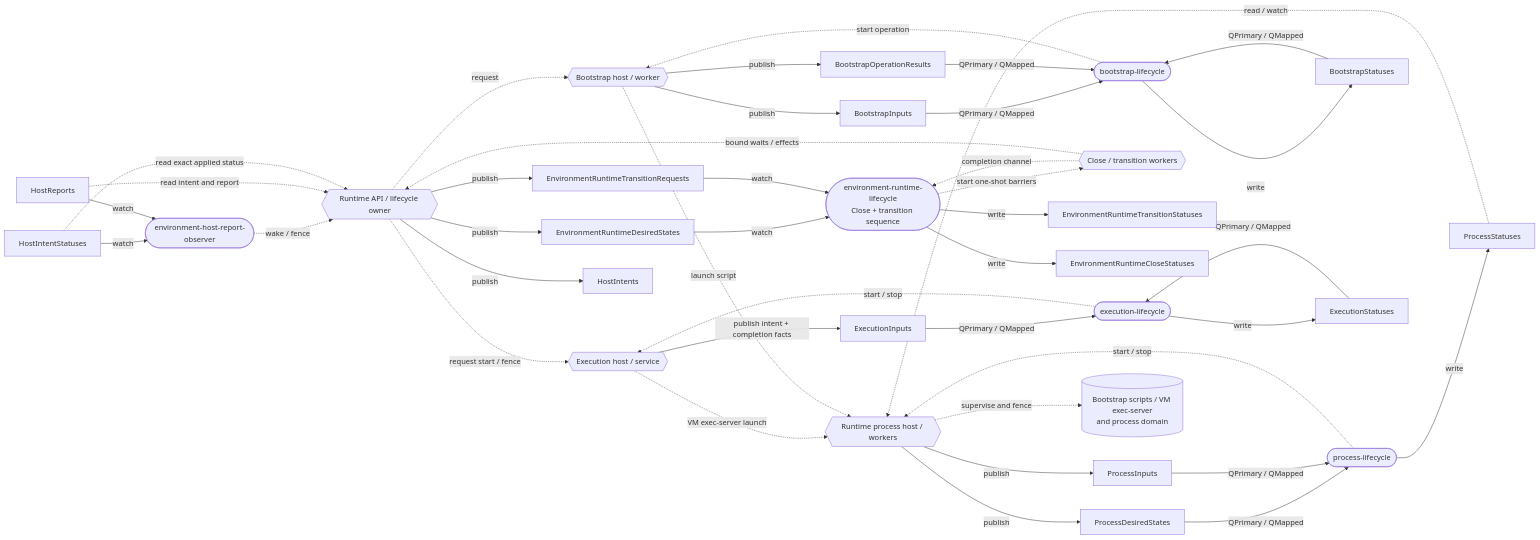
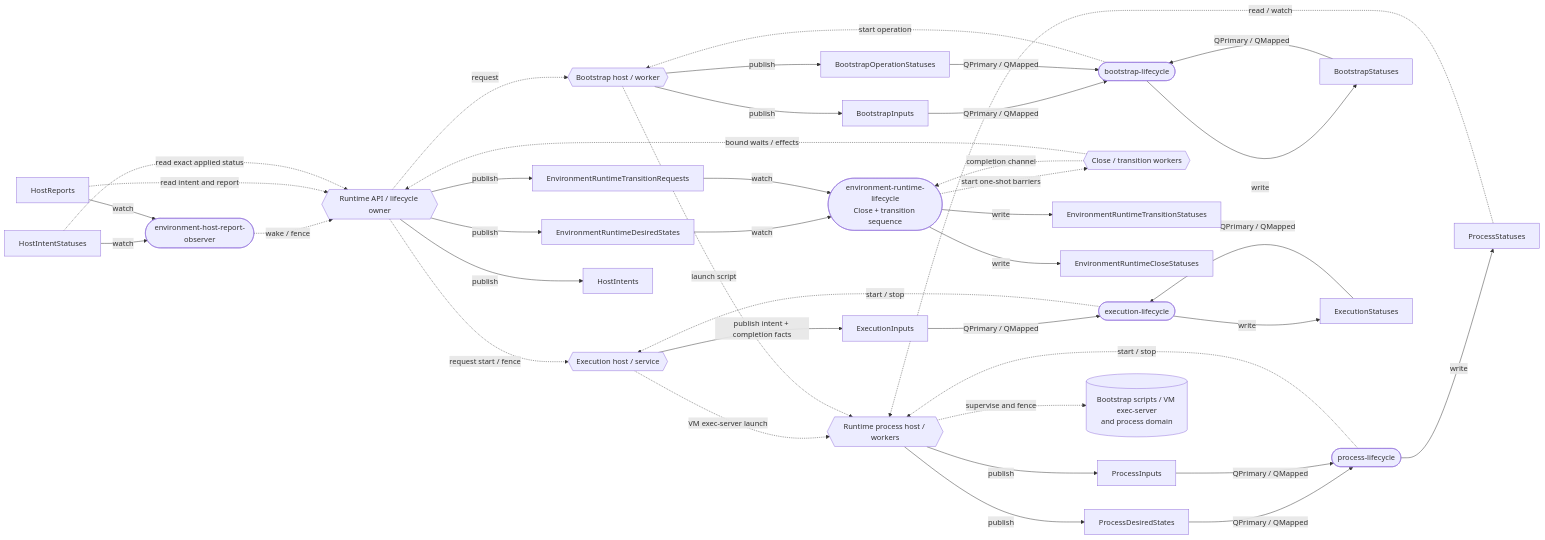
Before and after one commit to agentydragon/ducktape: the first of 7 diagrams in agentplane/env/runtime/docs/cosi.md, drawn with Mermaid. The commit also changed other lines of this file and 14 other files, not shown here.

````diff
--- a/agentplane/env/runtime/docs/cosi.md
+++ b/agentplane/env/runtime/docs/cosi.md
@@ -18,58 +18,58 @@
 ```mermaid
 flowchart LR
   API{{"Runtime API / lifecycle owner"}}
   BH{{"Bootstrap host / worker"}}
   PH{{"Runtime process host / workers"}}
   RC(["environment-runtime-lifecycle<br/>Close + transition sequence"])
   HO(["environment-host-report-observer"])
   BC(["bootstrap-lifecycle"])
   PC(["process-lifecycle"])
   EC(["execution-lifecycle"])
   EH{{"Execution host / service"}}
   CW{{"Close / transition workers"}}
   ED["EnvironmentRuntimeDesiredStates"]
   TR["EnvironmentRuntimeTransitionRequests"]
   TS["EnvironmentRuntimeTransitionStatuses"]
   CL["EnvironmentRuntimeCloseStatuses"]
   I["HostIntents"]
   IS["HostIntentStatuses"]
   R["HostReports"]
   BI["BootstrapInputs"]
-  BO["BootstrapOperationResults"]
+  BO["BootstrapOperationStatuses"]
   BR["BootstrapStatuses"]
   PD["ProcessDesiredStates"]
   PI["ProcessInputs"]
   PS["ProcessStatuses"]
   EI["ExecutionInputs"]
   ER["ExecutionStatuses"]
   Native[("Bootstrap scripts / VM exec-server<br/>and process domain")]
 
   API -->|publish| ED & TR & I
   ED & TR -->|watch| RC
   RC -->|write| CL & TS
   RC -.->|start one-shot barriers| CW
   CW -.->|completion channel| RC
   CW -.->|bound waits / effects| API
   API -.->|request start / fence| EH
   EH -->|publish intent + completion facts| EI
   EI & ER -->|QPrimary / QMapped| EC
   EC -->|write| ER
   EC -.->|start / stop| EH
   EH -.->|VM exec-server launch| PH
   IS & R -->|watch| HO
   HO -.->|wake / fence| API
   R -.->|read intent and report| API
   IS -.->|read exact applied status| API
   API -.->|request| BH
   BH -->|publish| BI & BO
   BI & BO & BR -->|QPrimary / QMapped| BC
   BC -->|write| BR
   BC -.->|start operation| BH
   BH -.->|launch script| PH
   PH -->|publish| PD & PI
   PD & PI -->|QPrimary / QMapped| PC
   PC -->|write| PS
   PC -.->|start / stop| PH
   PH -.->|supervise and fence| Native
   PS -.->|read / watch| PH
 ```
````
